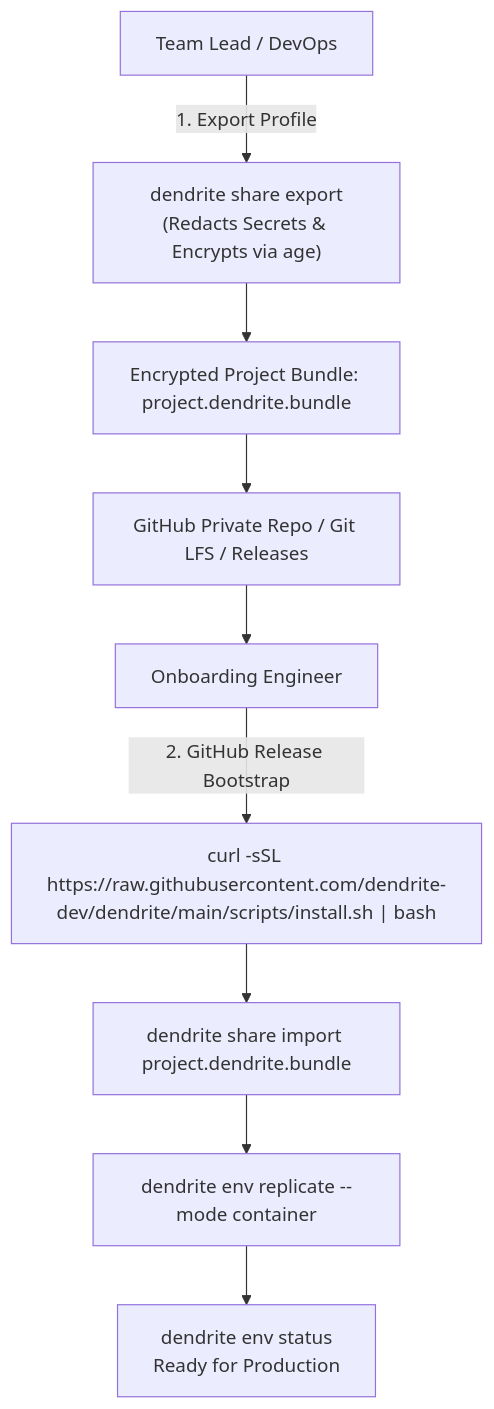
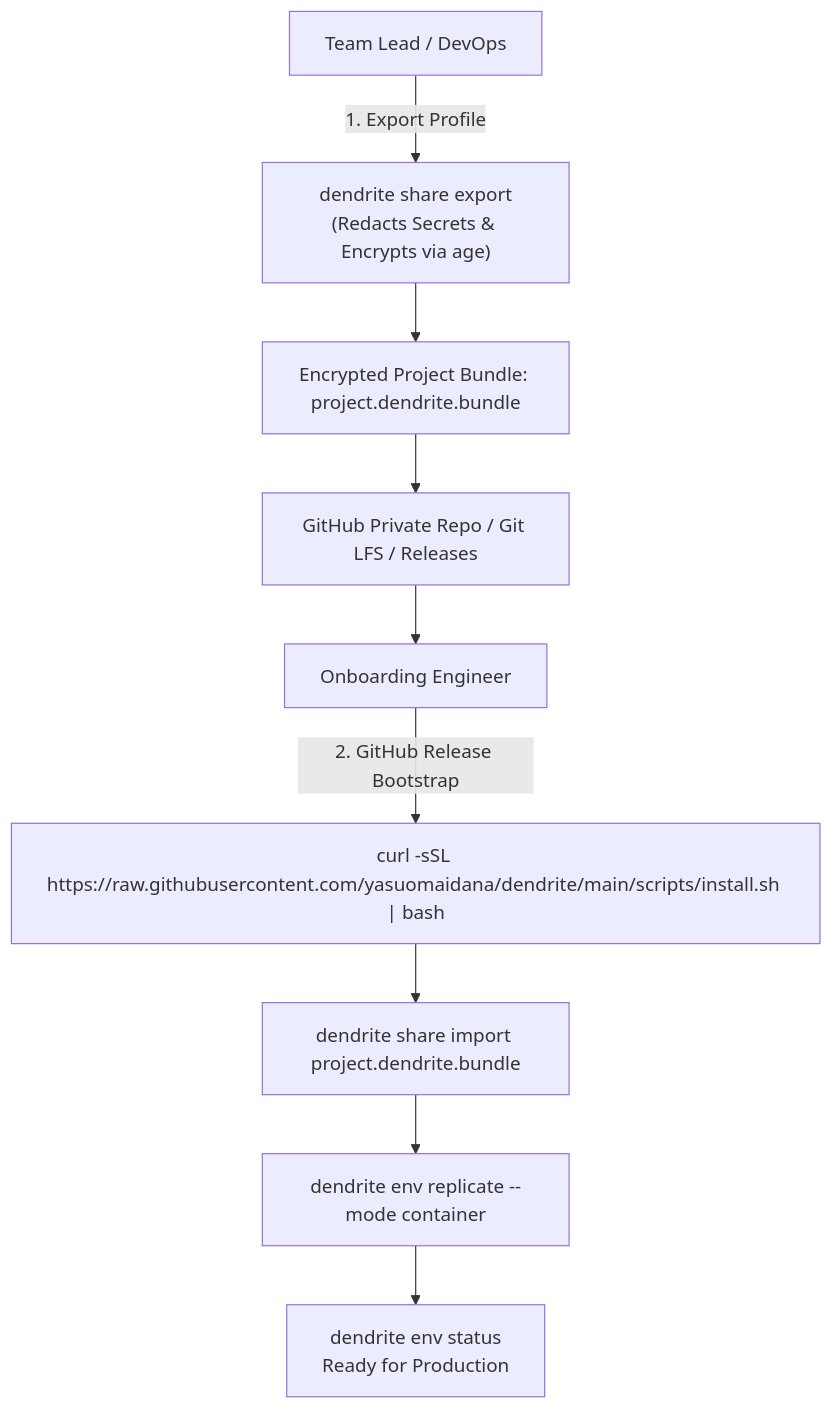
The diagram in docs/guides/sharing-and-onboarding.md (yasuomaidana/dendrite), drawn with Mermaid before and after one commit. The commit also changed other lines of this file and 19 other files, not shown here.

````diff
--- a/docs/guides/sharing-and-onboarding.md
+++ b/docs/guides/sharing-and-onboarding.md
@@ -23,13 +23,13 @@
 ```mermaid
 flowchart TD
     LeadDev[Team Lead / DevOps] -->|1. Export Profile| ExportCmd["dendrite share export<br/>(Redacts Secrets & Encrypts via age)"]
     ExportCmd --> Bundle[Encrypted Project Bundle: project.dendrite.bundle]
     
     Bundle --> GitHubStore[GitHub Private Repo / Git LFS / Releases]
     GitHubStore --> NewDev[Onboarding Engineer]
     
-    NewDev -->|2. GitHub Release Bootstrap| Install["curl -sSL https://raw.githubusercontent.com/dendrite-dev/dendrite/main/scripts/install.sh | bash"]
+    NewDev -->|2. GitHub Release Bootstrap| Install["curl -sSL https://raw.githubusercontent.com/yasuomaidana/dendrite/main/scripts/install.sh | bash"]
     Install --> ImportCmd["dendrite share import project.dendrite.bundle"]
     ImportCmd --> ReplicateCmd["dendrite env replicate --mode container"]
     ReplicateCmd --> Ready["dendrite env status<br/>Ready for Production"]
 ```
````
